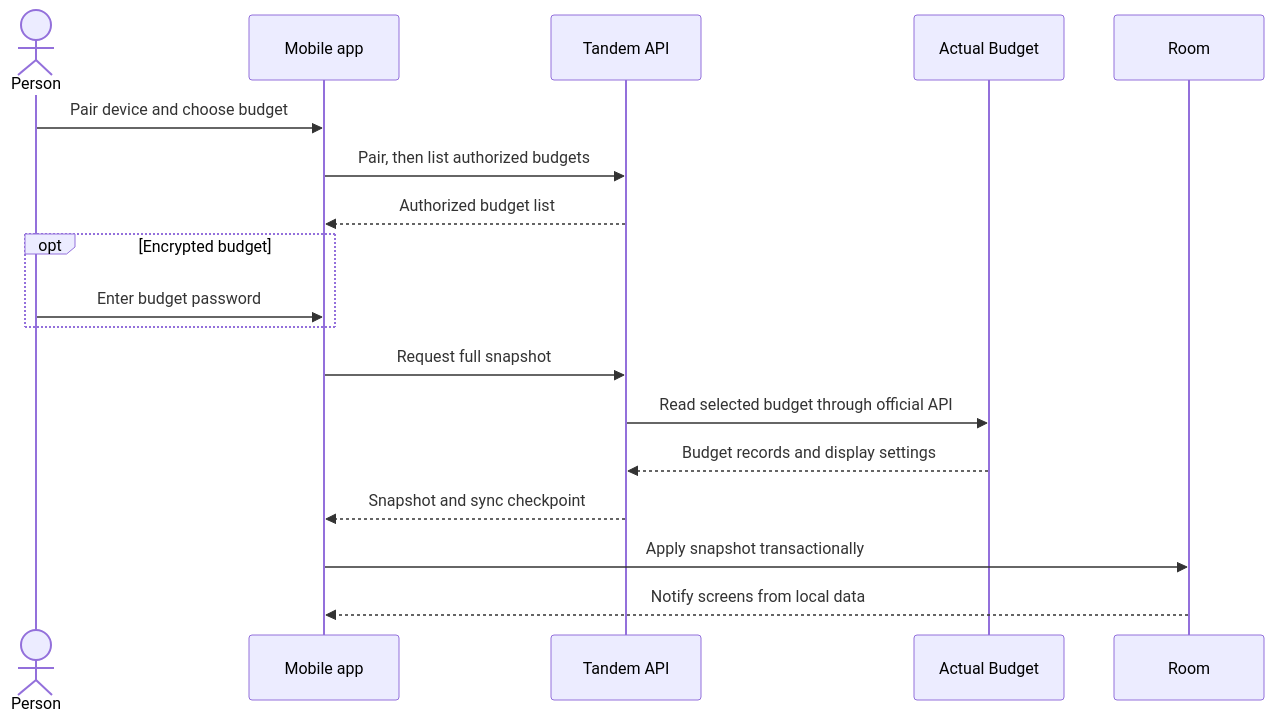
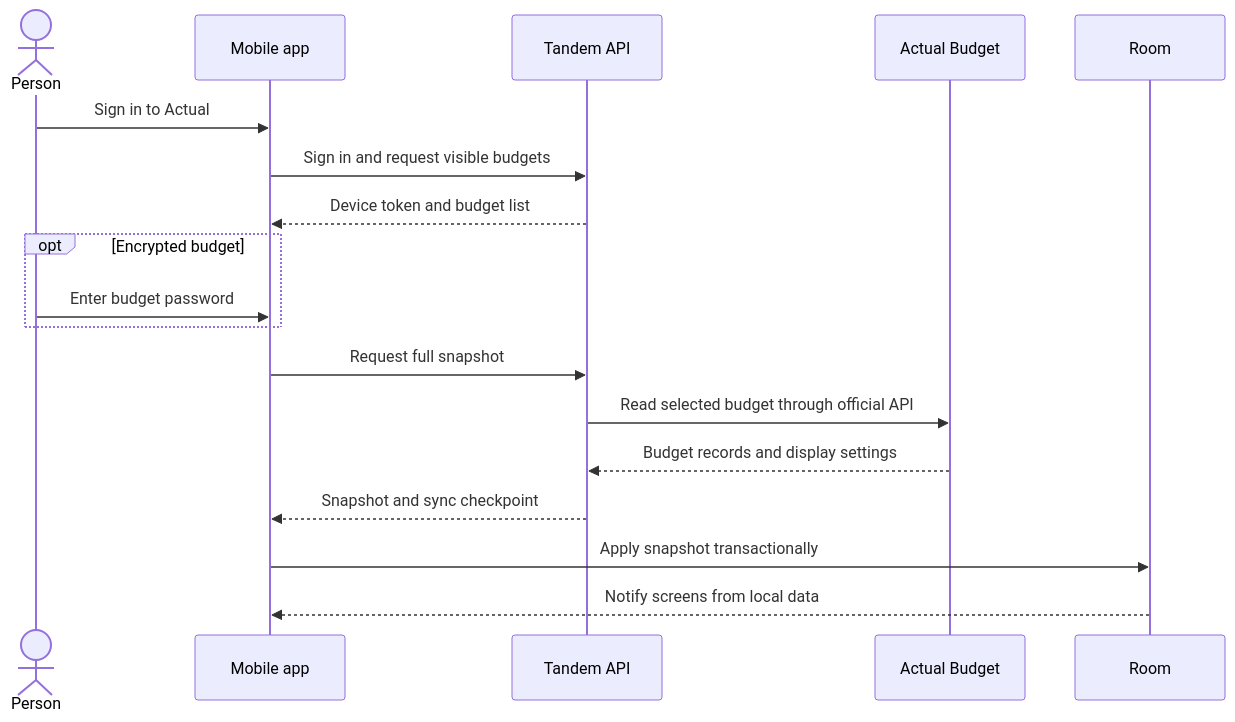
One commit to Nischay-Pro/tandem changed the second of 4 diagrams in docs/mobile-sync.md. Above: the diagram before and after it, drawn with Mermaid. The commit also changed other lines of this file and 92 other files, not shown here.

Commit message:
feat(auth): replace pairing with Actual sign-in

````diff
--- a/docs/mobile-sync.md
+++ b/docs/mobile-sync.md
@@ -28,20 +28,20 @@
 ```mermaid
 sequenceDiagram
   actor Person
   participant App as Mobile app
   participant API as Tandem API
   participant Actual as Actual Budget
   participant Room
-  Person->>App: Pair device and choose budget
-  App->>API: Pair, then list authorized budgets
-  API-->>App: Authorized budget list
+  Person->>App: Sign in to Actual
+  App->>API: Sign in and request visible budgets
+  API-->>App: Device token and budget list
   opt Encrypted budget
     Person->>App: Enter budget password
   end
   App->>API: Request full snapshot
   API->>Actual: Read selected budget through official API
   Actual-->>API: Budget records and display settings
   API-->>App: Snapshot and sync checkpoint
   App->>Room: Apply snapshot transactionally
   Room-->>App: Notify screens from local data
 ```
````
